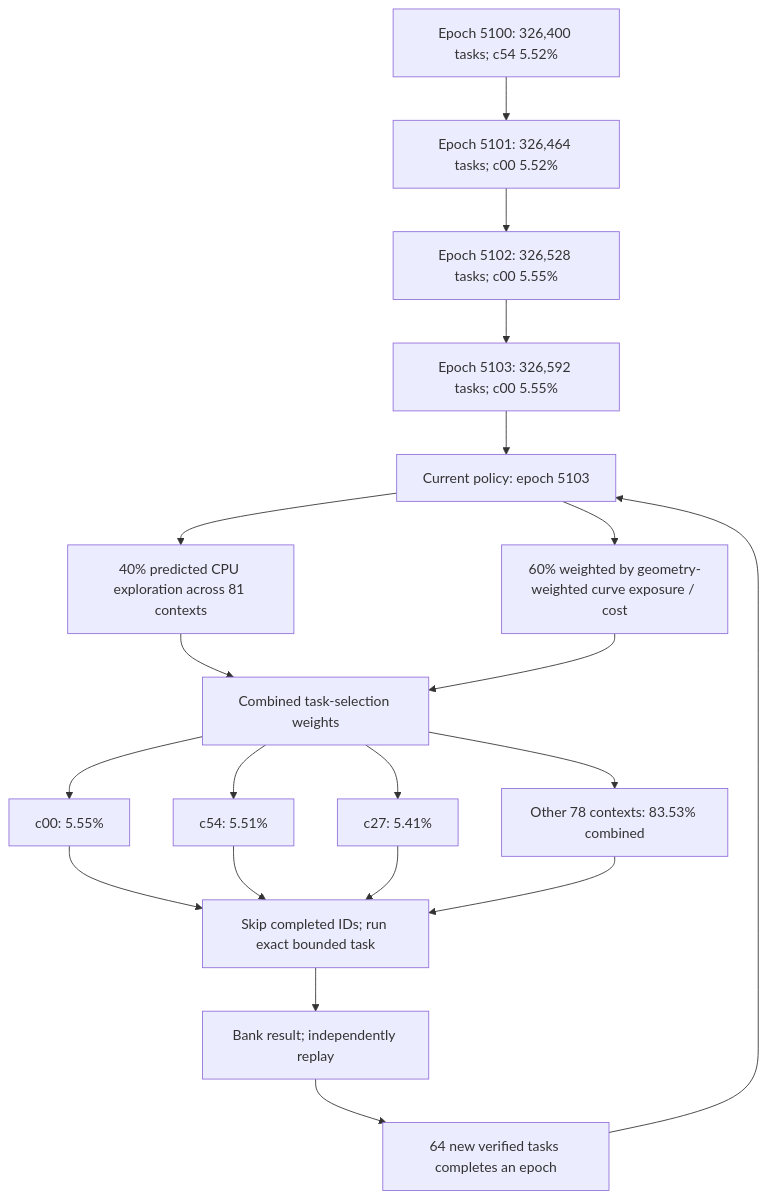
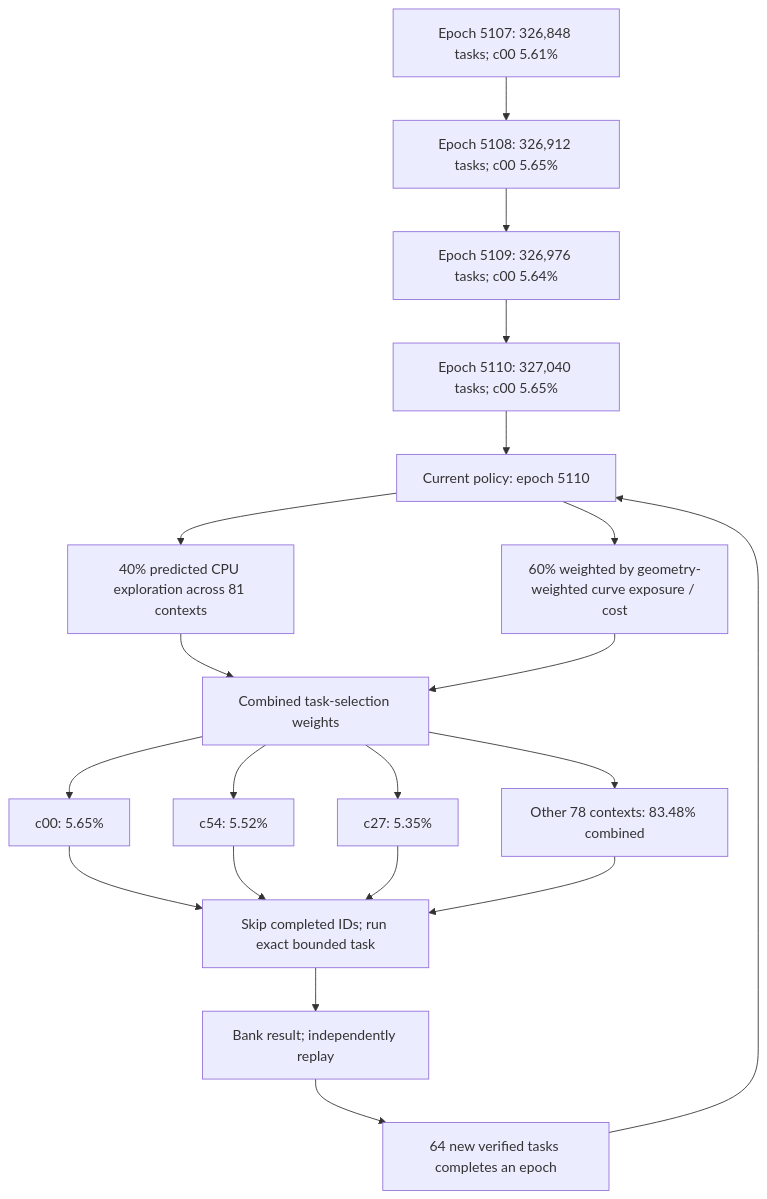
The first of 3 diagrams in README.md (Kuberwastaken/math-gambling), drawn with Mermaid before and after one commit. The commit also changed other lines of this file and 1501 other files, not shown here.

````diff
--- a/README.md
+++ b/README.md
@@ -60,27 +60,27 @@
 ```mermaid
 flowchart TD
-    H0["Epoch 5100: 326,400 tasks; c54 5.52%"]
-    H1["Epoch 5101: 326,464 tasks; c00 5.52%"]
+    H0["Epoch 5107: 326,848 tasks; c00 5.61%"]
+    H1["Epoch 5108: 326,912 tasks; c00 5.65%"]
     H0 --> H1
-    H2["Epoch 5102: 326,528 tasks; c00 5.55%"]
+    H2["Epoch 5109: 326,976 tasks; c00 5.64%"]
     H1 --> H2
-    H3["Epoch 5103: 326,592 tasks; c00 5.55%"]
+    H3["Epoch 5110: 327,040 tasks; c00 5.65%"]
     H2 --> H3
-    Policy["Current policy: epoch 5103"]
+    Policy["Current policy: epoch 5110"]
     H3 --> Policy
     Policy --> Explore["40% predicted CPU exploration across 81 contexts"]
     Policy --> Cost["60% weighted by geometry-weighted curve exposure / cost"]
     Explore --> Mix["Combined task-selection weights"]
     Cost --> Mix
-    Mix --> C0["c00: 5.55%"]
-    Mix --> C1["c54: 5.51%"]
-    Mix --> C2["c27: 5.41%"]
-    Mix --> Rest["Other 78 contexts: 83.53% combined"]
+    Mix --> C0["c00: 5.65%"]
+    Mix --> C1["c54: 5.52%"]
+    Mix --> C2["c27: 5.35%"]
+    Mix --> Rest["Other 78 contexts: 83.48% combined"]
     C0 --> Check["Skip completed IDs; run exact bounded task"]
     C1 --> Check
     C2 --> Check
     Rest --> Check
     Check --> Replay["Bank result; independently replay"]
     Replay --> Gate["64 new verified tasks completes an epoch"]
     Gate --> Policy
 ```
````
